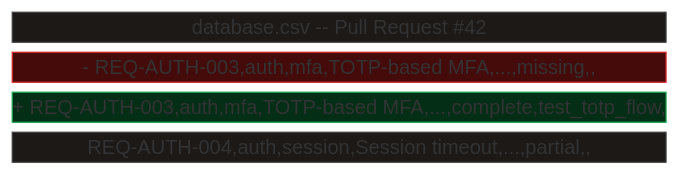
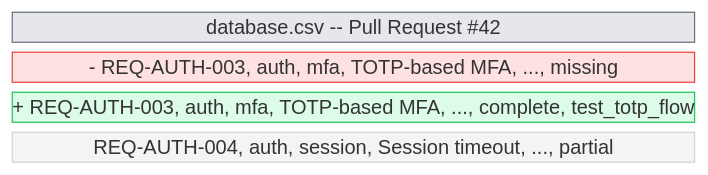
The second of 3 diagrams in README.md (rtmx-ai/rtmx), drawn with Mermaid (forest theme) before and after one commit. The commit also changed other lines of this file and 3 other files, not shown here.

First line of the commit message:
fix: Mermaid diagram contrast and vertical MCP layout (#107)

````diff
--- a/README.md
+++ b/README.md
@@ -67,21 +67,21 @@
 ```mermaid
 block-beta
     columns 1
-    block:header["database.csv  --  Pull Request #42"]
+    block:header["database.csv -- Pull Request #42"]
         columns 1
     end
-    block:removed["- REQ-AUTH-003,auth,mfa,TOTP-based MFA,...,missing,,"]
+    block:removed["- REQ-AUTH-003, auth, mfa, TOTP-based MFA, ..., missing"]
         columns 1
     end
-    block:added["+ REQ-AUTH-003,auth,mfa,TOTP-based MFA,...,complete,test_totp_flow,"]
+    block:added["+ REQ-AUTH-003, auth, mfa, TOTP-based MFA, ..., complete, test_totp_flow"]
         columns 1
     end
-    block:context["  REQ-AUTH-004,auth,session,Session timeout,...,partial,,"]
+    block:context["  REQ-AUTH-004, auth, session, Session timeout, ..., partial"]
         columns 1
     end
 
-    style header fill:#1c1917,stroke:#404040,color:#9ca3af
-    style removed fill:#450a0a,stroke:#dc2626,color:#fca5a5
-    style added fill:#052e16,stroke:#16a34a,color:#86efac
-    style context fill:#1c1917,stroke:#404040,color:#9ca3af
+    style header fill:#e5e7eb,stroke:#6b7280,color:#111827
+    style removed fill:#fee2e2,stroke:#ef4444,color:#7f1d1d
+    style added fill:#dcfce7,stroke:#22c55e,color:#14532d
+    style context fill:#f3f4f6,stroke:#d1d5db,color:#374151
 ```
````
